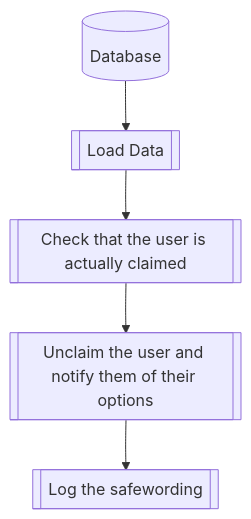
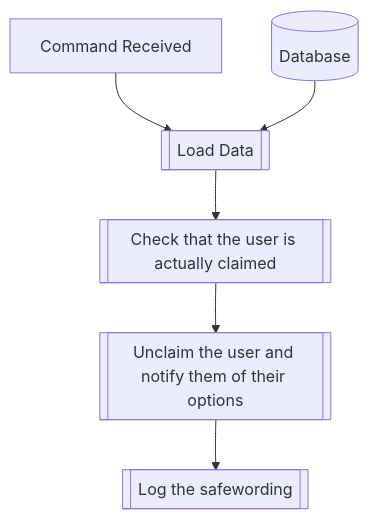
Before and after one commit to dorythecat/TransforMate: the diagram in docs/commands/transformation/safeword.md, drawn with Mermaid. The commit also changed 6 other files, not shown here.

Commit message:
Made command documentation flow graphs better

````diff
--- a/docs/commands/transformation/safeword.md
+++ b/docs/commands/transformation/safeword.md
@@ -23,7 +23,8 @@
 ```mermaid
 flowchart TD
-    Database[(Database)] --> LoadData[[Load Data]]
+    CommandReceived[Command Received] --> LoadData[[Load Data]]
+    Database[(Database)] --> LoadData
     LoadData --> CheckClaimed[[Check that the user is actually claimed]]
     CheckClaimed --> Unclaim[[Unclaim the user and notify them of their options]]
     Unclaim --> Log[[Log the safewording]]
 ```
````
